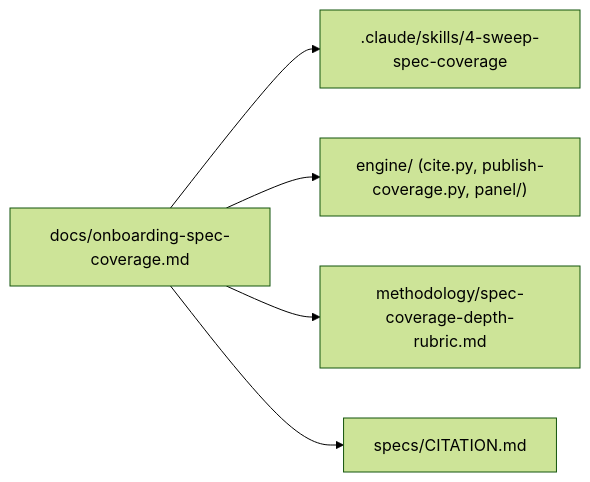
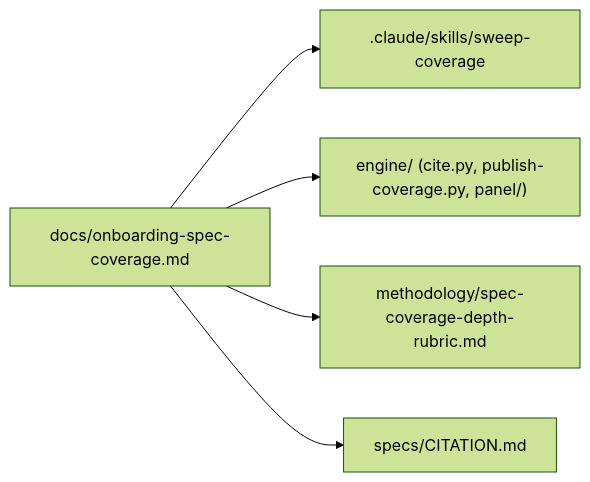
One commit to AndresCotton/ai-character-index changed the diagram in docs/OVERVIEW.md. Above: the diagram before and after it, drawn with Mermaid (forest theme). The commit also changed other lines of this file and 36 other files, not shown here.

````diff
--- a/docs/OVERVIEW.md
+++ b/docs/OVERVIEW.md
@@ -27,7 +27,7 @@
 ```mermaid
 graph LR
-  onb["docs/onboarding-spec-coverage.md"] --> skills[".claude/skills/4-sweep-spec-coverage"]
+  onb["docs/onboarding-spec-coverage.md"] --> skills[".claude/skills/sweep-coverage"]
   onb --> engine["engine/ (cite.py, publish-coverage.py, panel/)"]
   onb --> meth["methodology/spec-coverage-depth-rubric.md"]
   onb --> cite["specs/CITATION.md"]
 ```
````
